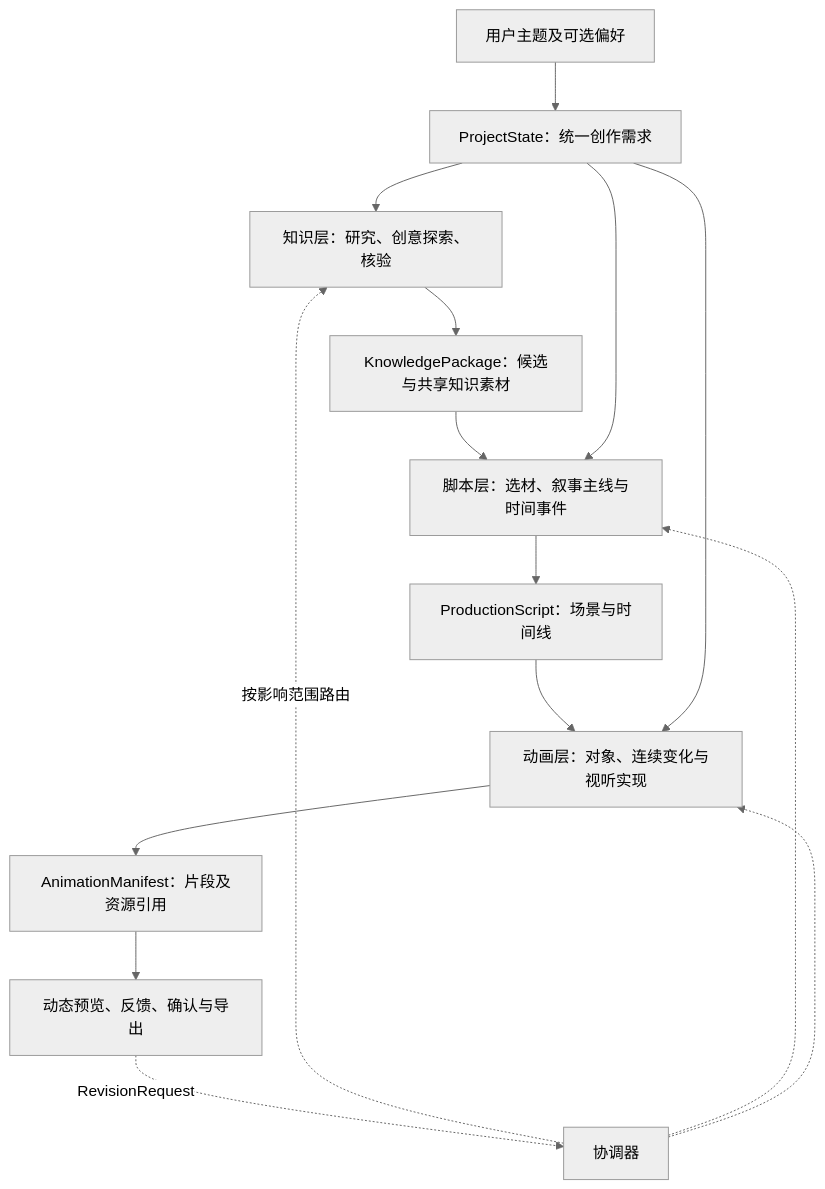
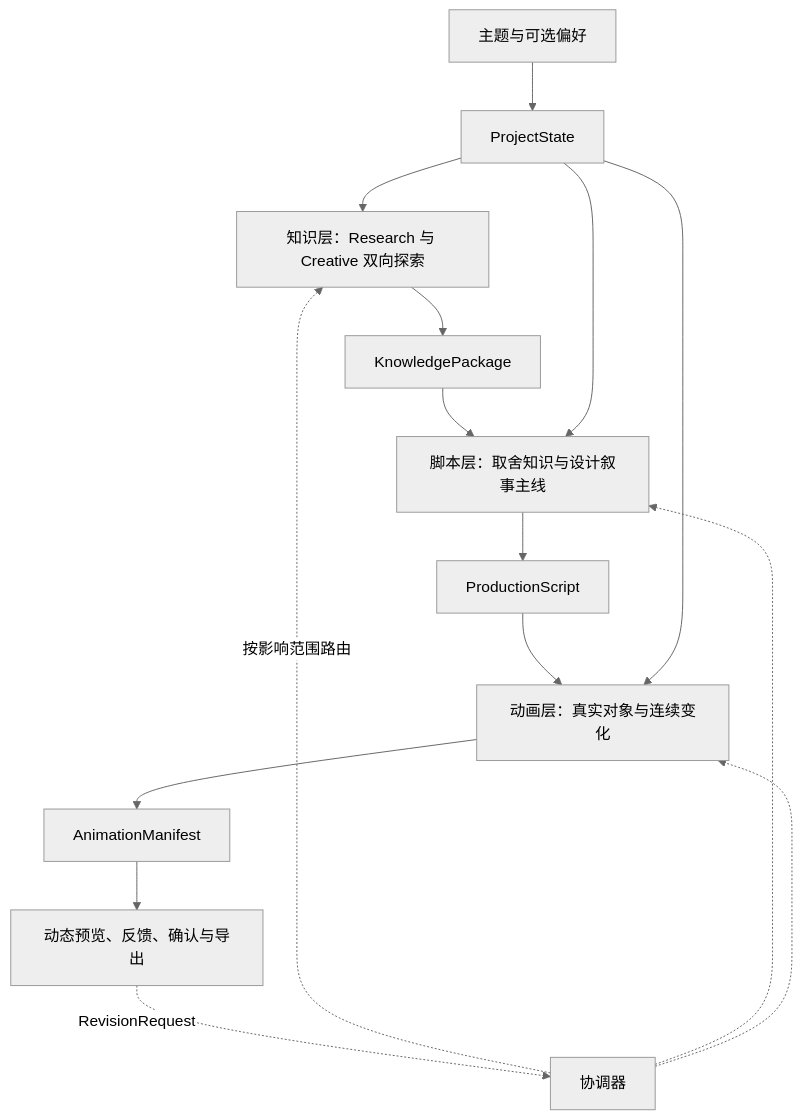
Before and after one commit to LIZZYGREAT/knowledge-show: the diagram in docs/work/design/产品理念与工作流共识.md, drawn with Mermaid (neutral theme). The commit also changed other lines of this file and 2 other files, not shown here.

Commit message:
docs: clarify knowledge animation product principles

````diff
--- a/docs/work/design/产品理念与工作流共识.md
+++ b/docs/work/design/产品理念与工作流共识.md
@@ -65,17 +59,17 @@
 ```mermaid
 flowchart TB
-    U[用户主题及可选偏好] --> P[ProjectState：统一创作需求]
-    P --> K[知识层：研究、创意探索、核验]
-    K --> KP[KnowledgePackage：候选与共享知识素材]
-    KP --> S[脚本层：选材、叙事主线与时间事件]
+    U[主题与可选偏好] --> P[ProjectState]
+    P --> K[知识层：Research 与 Creative 双向探索]
+    K --> KP[KnowledgePackage]
+    KP --> S[脚本层：取舍知识与设计叙事主线]
     P --> S
-    S --> PS[ProductionScript：场景与时间线]
-    PS --> A[动画层：对象、连续变化与视听实现]
+    S --> PS[ProductionScript]
+    PS --> A[动画层：真实对象与连续变化]
     P --> A
-    A --> AM[AnimationManifest：片段及资源引用]
+    A --> AM[AnimationManifest]
     AM --> V[动态预览、反馈、确认与导出]
     V -.RevisionRequest.-> W[协调器]
     W -.按影响范围路由.-> K
     W -.-> S
     W -.-> A
 ```
````
